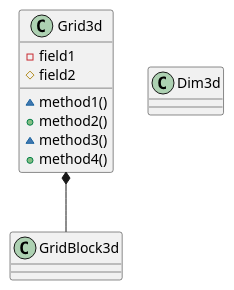
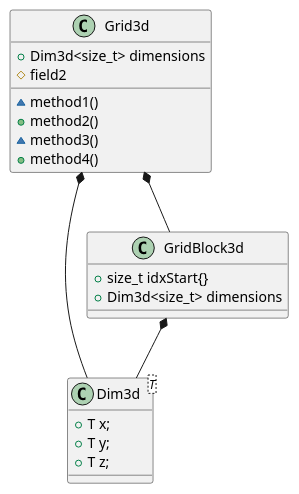
The diagram in _11_PtmSlaeSolver/_11_PtmSlaeSolver/diagram1.puml (LitvinovVN/CudaLearning), drawn with PlantUML before and after one commit.

```diff
--- a/_11_PtmSlaeSolver/_11_PtmSlaeSolver/diagram1.puml
+++ b/_11_PtmSlaeSolver/_11_PtmSlaeSolver/diagram1.puml
@@ -1,22 +1,30 @@
 @startuml
 
+class Dim3d<T>{
+    +T x;
+    +T y;
+    +T z;
+}
+
 class Grid3d {
--field1
++Dim3d<size_t> dimensions
 #field2
 ~method1()
 +method2()
 ~method3()
 +method4()
 }
 
 class GridBlock3d {
-
+    +size_t idxStart{}        
+    +Dim3d<size_t> dimensions
 }
 
-class Dim3d{
 
-}
 
 Grid3d *-- GridBlock3d
+Grid3d *-- Dim3d
+
+GridBlock3d *-- Dim3d
 
 @enduml
```
